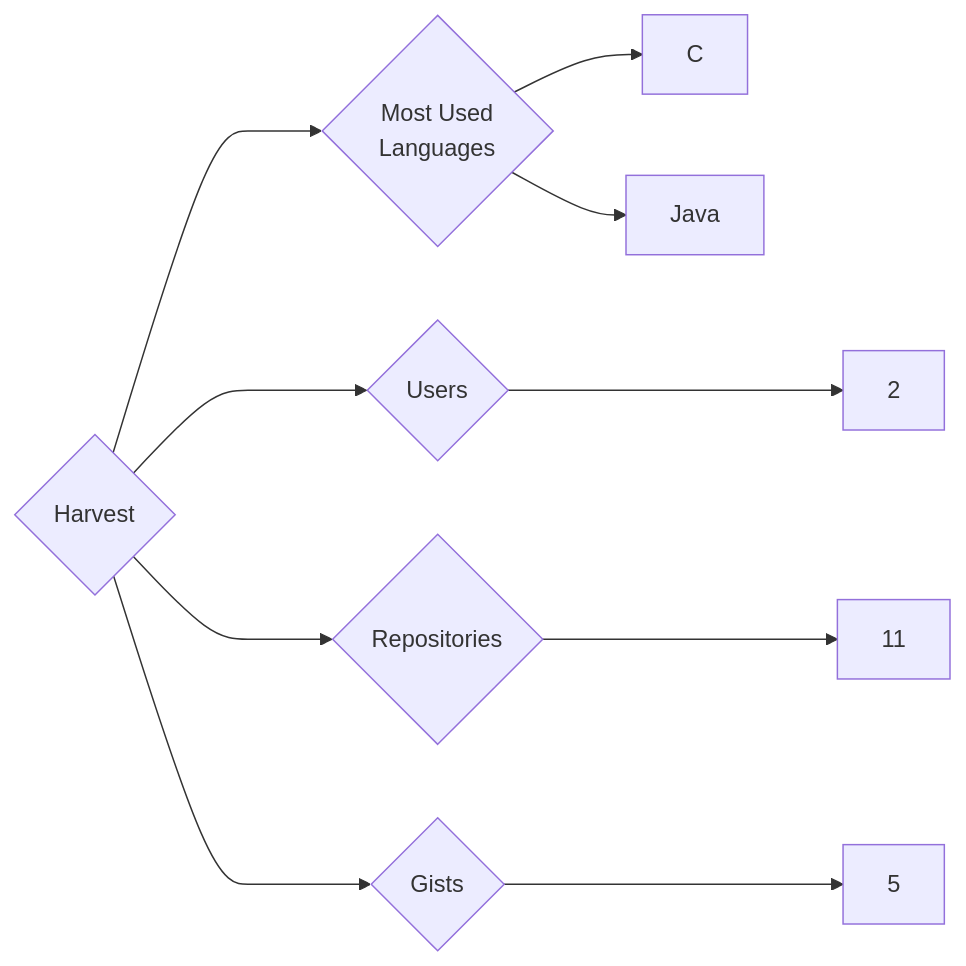
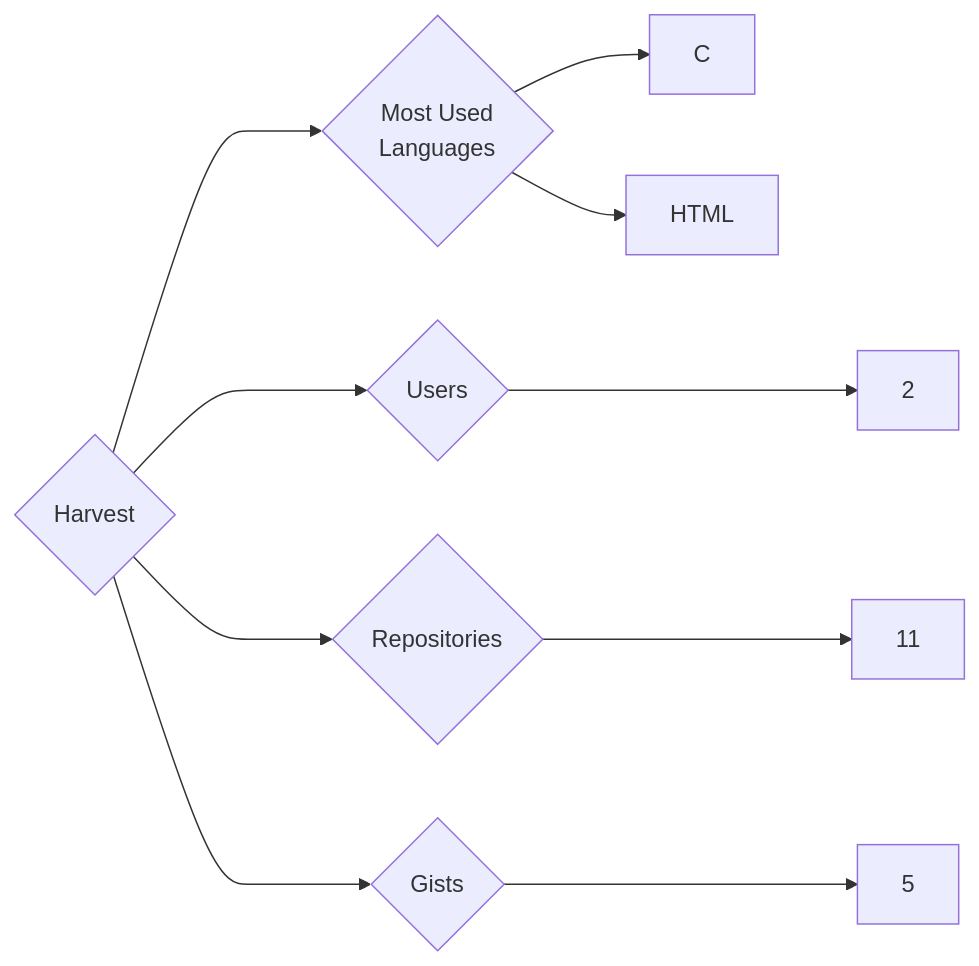
One commit to trickest/insiders changed the diagram in targets/Harvest/README.md. Above: the diagram before and after it, drawn with Mermaid. The commit also changed 1084 other files, not shown here.

````diff
--- a/targets/Harvest/README.md
+++ b/targets/Harvest/README.md
@@ -3,10 +3,10 @@
 ```mermaid
 graph LR
 COMPANY_NAME{Harvest}
 COMPANY_NAME ---> U{Users} ---> UN[2]
 COMPANY_NAME ---> R{Repositories} ---> RN[11]
 COMPANY_NAME ---> G{Gists} ---> GN[5]
 COMPANY_NAME ---> ML{Most Used<br>Languages}
 ML --> C[C]
-ML --> Java[Java]
+ML --> HTML[HTML]
 ```
````
